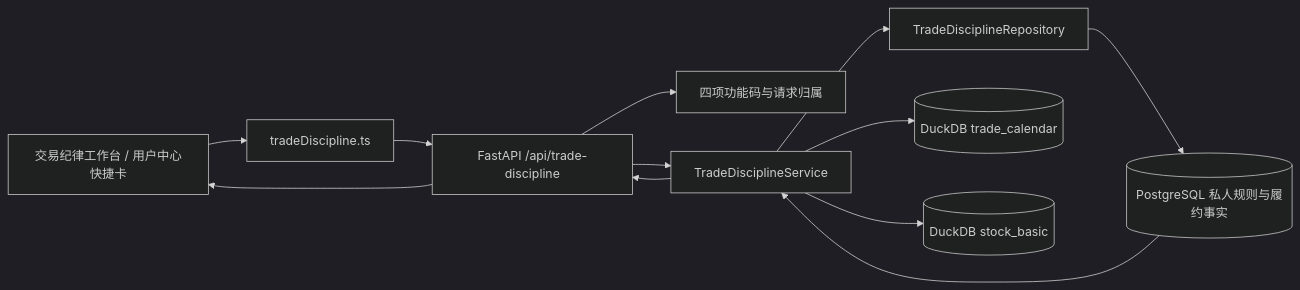
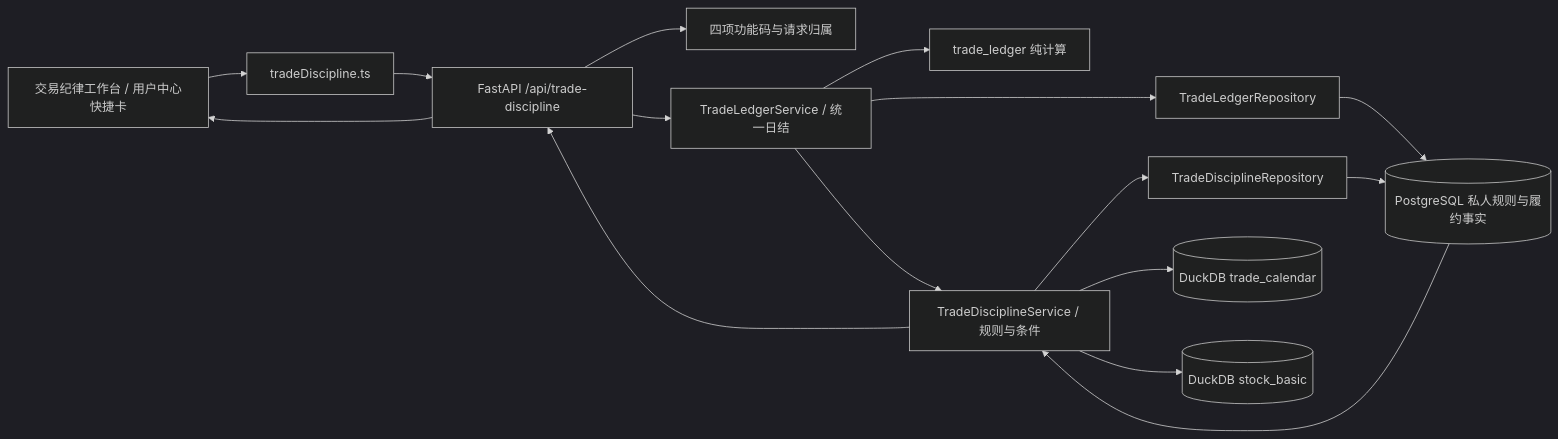
The diagram in agent-works/architecture/trade-discipline.md (fulin-peng-ydxs/ai-stocks), drawn with Mermaid (dark theme) before and after one commit. The commit also changed other lines of this file and 39 other files, not shown here.

````diff
--- a/agent-works/architecture/trade-discipline.md
+++ b/agent-works/architecture/trade-discipline.md
@@ -51,14 +53,18 @@
 ```mermaid
 flowchart LR
   U[交易纪律工作台 / 用户中心快捷卡] --> A[tradeDiscipline.ts]
   A --> API[FastAPI /api/trade-discipline]
   API --> AUTH[四项功能码与请求归属]
-  API --> SVC[TradeDisciplineService]
+  API --> LEDGER[TradeLedgerService / 统一日结]
+  LEDGER --> CALC[trade_ledger 纯计算]
+  LEDGER --> SVC[TradeDisciplineService / 规则与条件]
+  LEDGER --> LREPO[TradeLedgerRepository]
+  LREPO --> PG
   SVC --> REPO[TradeDisciplineRepository]
   REPO --> PG[(PostgreSQL 私人规则与履约事实)]
   SVC --> CAL[(DuckDB trade_calendar)]
   SVC --> STOCK[(DuckDB stock_basic)]
   PG --> SVC
   SVC --> API
   API --> U
 ```
````
